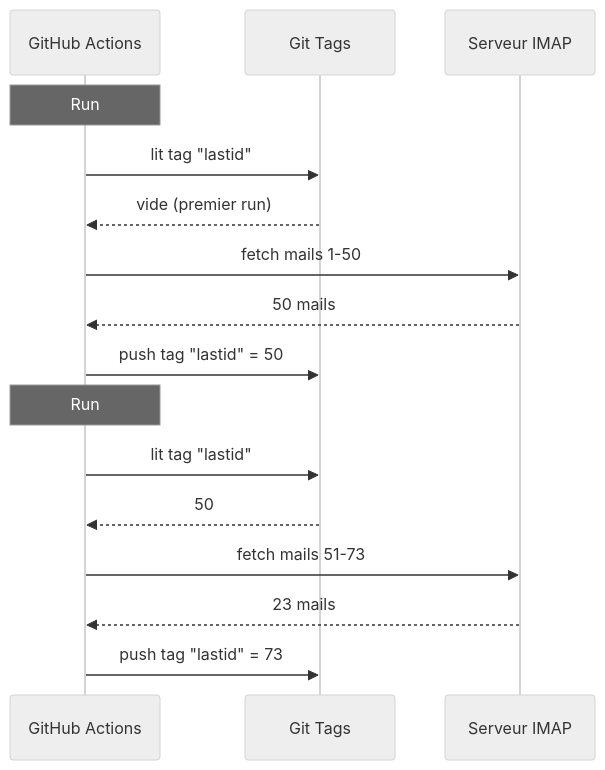
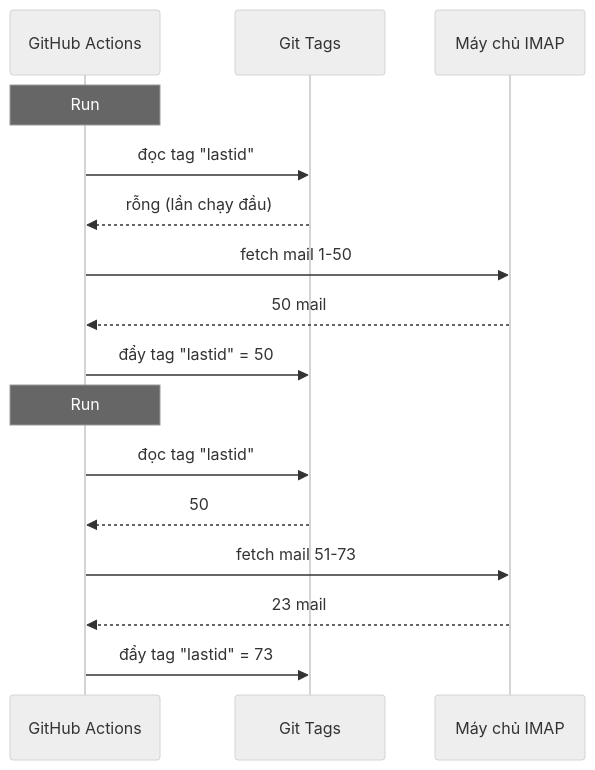
Before and after one commit to fox3000foxy/fox3000foxy.github.io: the diagram in public/articles/vi/email-autoreply.md, drawn with Mermaid (neutral theme). The commit also changed other lines of this file and 576 other files, not shown here.

````diff
--- a/public/articles/vi/email-autoreply.md
+++ b/public/articles/vi/email-autoreply.md
@@ -60,20 +62,20 @@
 ```mermaid
 sequenceDiagram
     participant GH as GitHub Actions
     participant GIT as Git Tags
-    participant IMAP as Serveur IMAP
-    
+    participant IMAP as Máy chủ IMAP
+
     Note over GH: Run #1
-    GH->>GIT: lit tag "lastid"
-    GIT-->>GH: vide (premier run)
-    GH->>IMAP: fetch mails 1-50
-    IMAP-->>GH: 50 mails
-    GH->>GIT: push tag "lastid" = 50
-    
+    GH->>GIT: đọc tag "lastid"
+    GIT-->>GH: rỗng (lần chạy đầu)
+    GH->>IMAP: fetch mail 1-50
+    IMAP-->>GH: 50 mail
+    GH->>GIT: đẩy tag "lastid" = 50
+
     Note over GH: Run #2
-    GH->>GIT: lit tag "lastid"
+    GH->>GIT: đọc tag "lastid"
     GIT-->>GH: 50
-    GH->>IMAP: fetch mails 51-73
-    IMAP-->>GH: 23 mails
-    GH->>GIT: push tag "lastid" = 73
+    GH->>IMAP: fetch mail 51-73
+    IMAP-->>GH: 23 mail
+    GH->>GIT: đẩy tag "lastid" = 73
 ```
````
